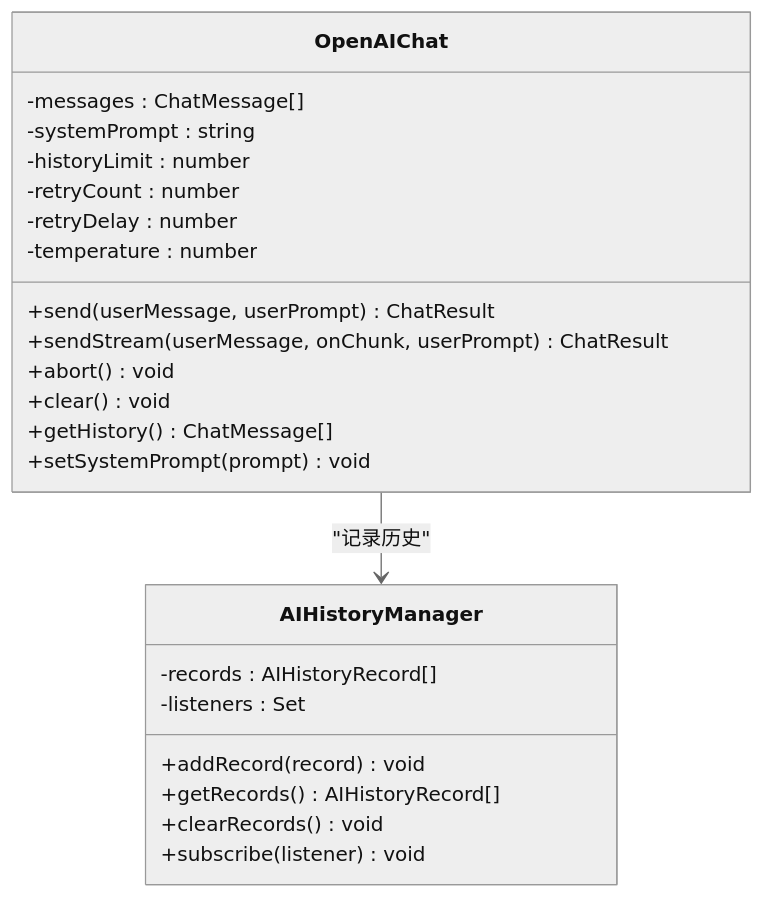
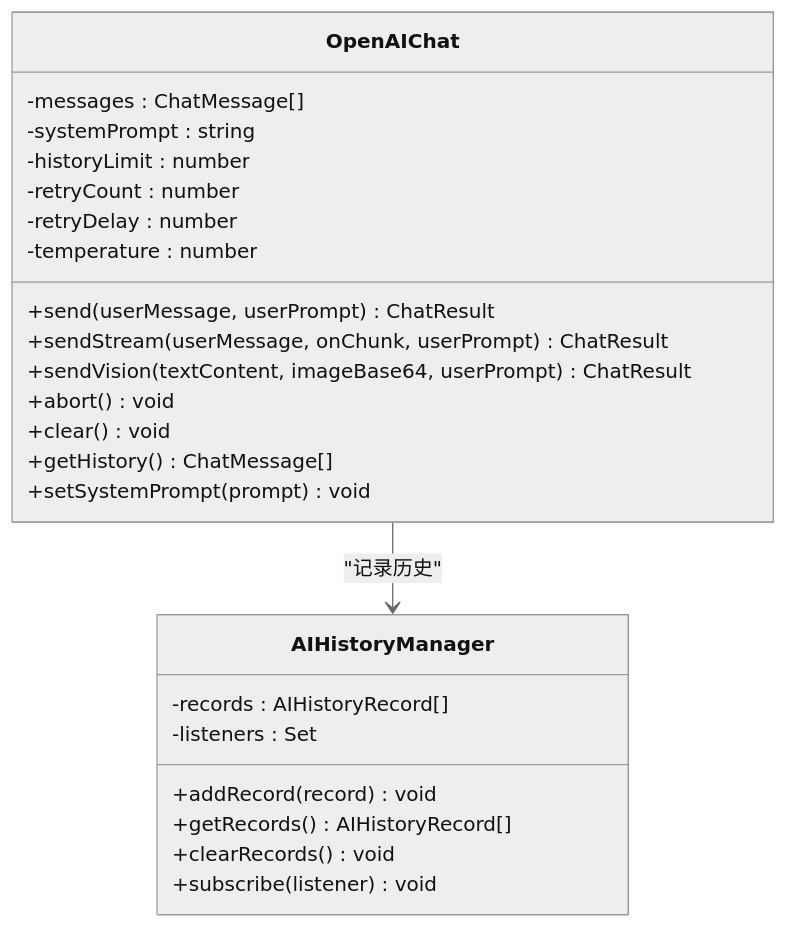
One commit to kqcoxn/MaaPipelineEditor changed the sixth of 9 diagrams in .qoder/repowiki/zh/content/AI辅助功能/AI辅助功能.md. Above: the diagram before and after it, drawn with Mermaid (neutral theme). The commit also changed other lines of this file and 50 other files, not shown here.

````diff
--- a/.qoder/repowiki/zh/content/AI辅助功能/AI辅助功能.md
+++ b/.qoder/repowiki/zh/content/AI辅助功能/AI辅助功能.md
@@ -227,26 +247,27 @@
 ```mermaid
 classDiagram
 class OpenAIChat {
 -messages : ChatMessage[]
 -systemPrompt : string
 -historyLimit : number
 -retryCount : number
 -retryDelay : number
 -temperature : number
 +send(userMessage, userPrompt) ChatResult
 +sendStream(userMessage, onChunk, userPrompt) ChatResult
++sendVision(textContent, imageBase64, userPrompt) ChatResult
 +abort() void
 +clear() void
 +getHistory() ChatMessage[]
 +setSystemPrompt(prompt) void
 }
 class AIHistoryManager {
 -records : AIHistoryRecord[]
 -listeners : Set
 +addRecord(record) void
 +getRecords() AIHistoryRecord[]
 +clearRecords() void
 +subscribe(listener) void
 }
 OpenAIChat --> AIHistoryManager : "记录历史"
 ```
````
